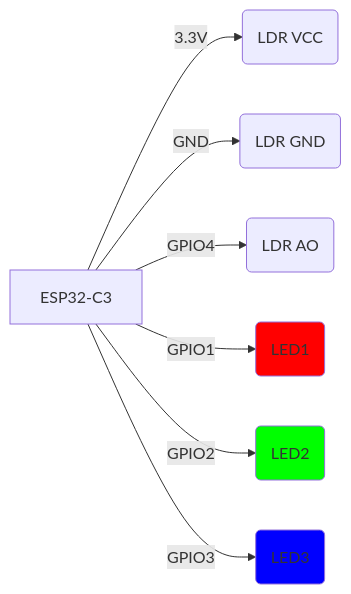
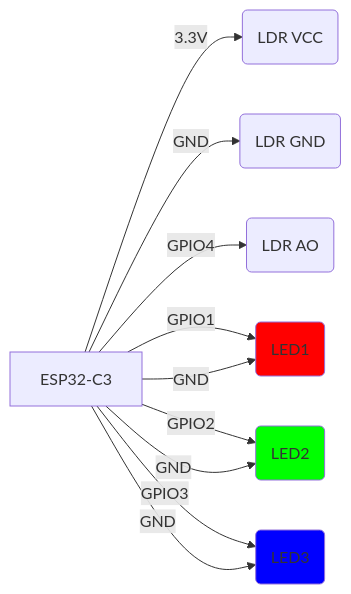
One commit to FrankCasanova/esp32-projects-collection changed the diagram in light-sensor/README.md. Above: the diagram before and after it, drawn with Mermaid. The commit also changed other lines of this file, not shown here.

````diff
--- a/light-sensor/README.md
+++ b/light-sensor/README.md
@@ -19,12 +23,15 @@
 ```mermaid
 graph LR
     A[ESP32-C3] -->|3.3V| B(LDR VCC)
     A -->|GND| C(LDR GND)
     A -->|GPIO4| D(LDR AO)
     A -->|GPIO1| E(LED1)
+    A -->|GND| E
     A -->|GPIO2| F(LED2)
+    A -->|GND| F
     A -->|GPIO3| G(LED3)
+    A -->|GND| G
     style E fill:#ff0000
     style F fill:#00ff00
     style G fill:#0000ff
 ```
````
